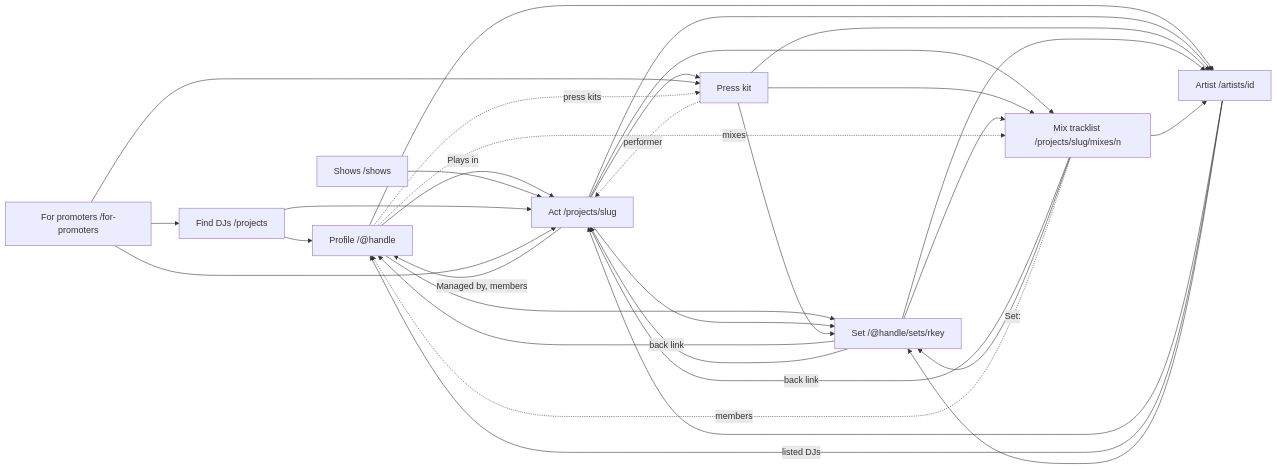
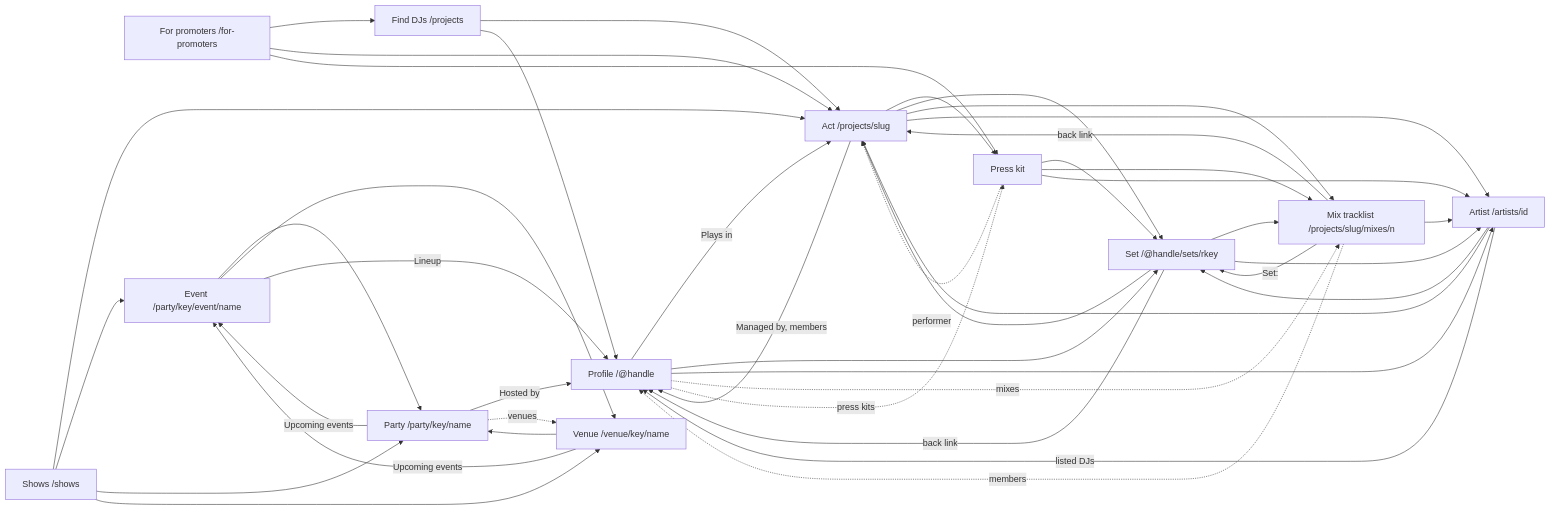
The second of 2 diagrams in docs/link-matrix.md (cutenode/localnetwork), drawn with Mermaid before and after one commit. The commit also changed other lines of this file and 36 other files, not shown here.

First line of the commit message:
feat(web): venue pages, party events in /shows, and Never confirmed

````diff
--- a/docs/link-matrix.md
+++ b/docs/link-matrix.md
@@ -257,44 +258,58 @@
 ```mermaid
 flowchart LR
     profile["Profile /@handle"]
     act["Act /projects/slug"]
     kit["Press kit"]
     set["Set /@handle/sets/rkey"]
     mix["Mix tracklist /projects/slug/mixes/n"]
     shows["Shows /shows"]
     artist["Artist /artists/id"]
     find["Find DJs /projects"]
     promoters["For promoters /for-promoters"]
+    party["Party /party/key/name"]
+    event["Event /party/key/event/name"]
+    venue["Venue /venue/key/name"]
 
     profile -->|"Plays in"| act
     profile --> set
     profile --> artist
     act -->|"Managed by, members"| profile
     act --> kit
     act --> set
     act --> mix
     act --> artist
     kit --> set
     kit --> mix
     kit --> artist
     set -->|"back link"| profile
     set --> mix
     set --> act
     set --> artist
     mix -->|"back link"| act
     mix -->|"Set:"| set
     mix --> artist
     shows --> act
     artist --> act
     artist -->|"listed DJs"| profile
     artist --> set
     find --> act
     find --> profile
     promoters --> find
     promoters --> act
     promoters --> kit
     profile -.->|"mixes"| mix
     profile -.->|"press kits"| kit
     kit -.->|"performer"| act
     mix -.->|"members"| profile
+    party -->|"Upcoming events"| event
+    party -->|"Hosted by"| profile
+    event --> party
+    event --> venue
+    event -->|"Lineup"| profile
+    venue -->|"Upcoming events"| event
+    venue --> party
+    shows --> event
+    shows --> party
+    shows --> venue
+    party -.->|"venues"| venue
 ```
````
